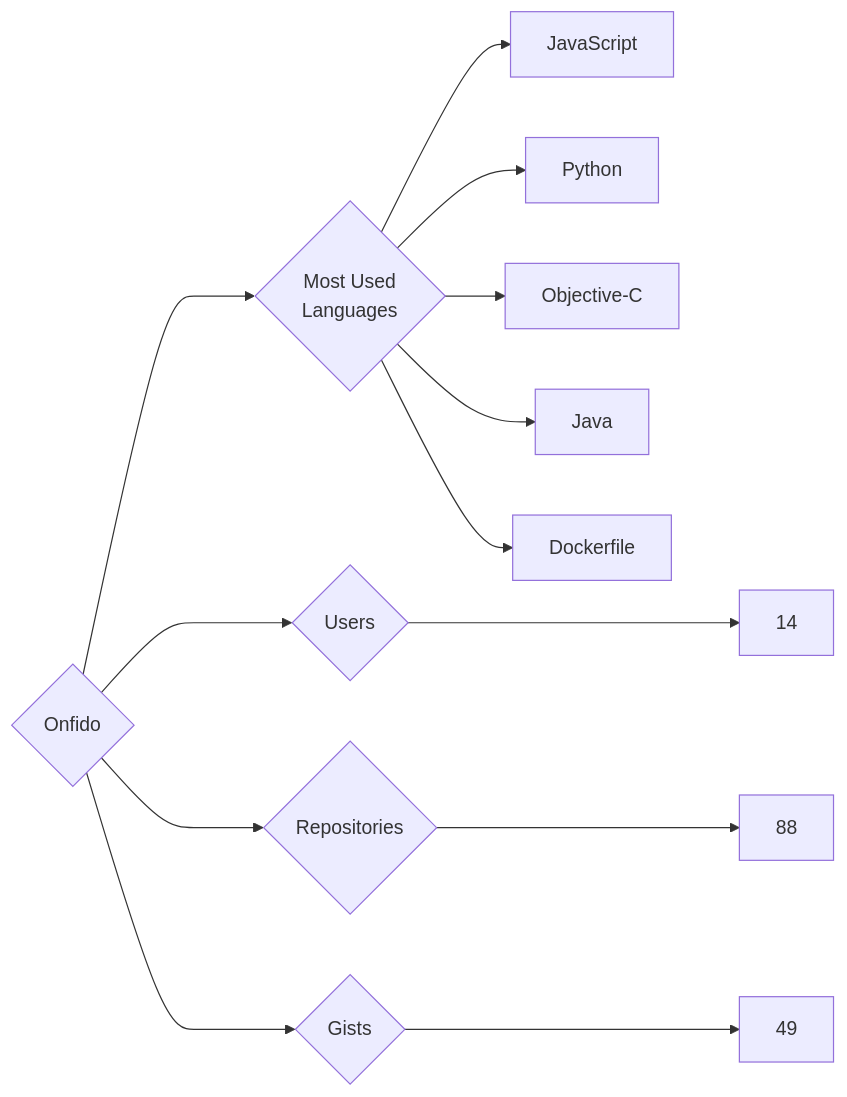
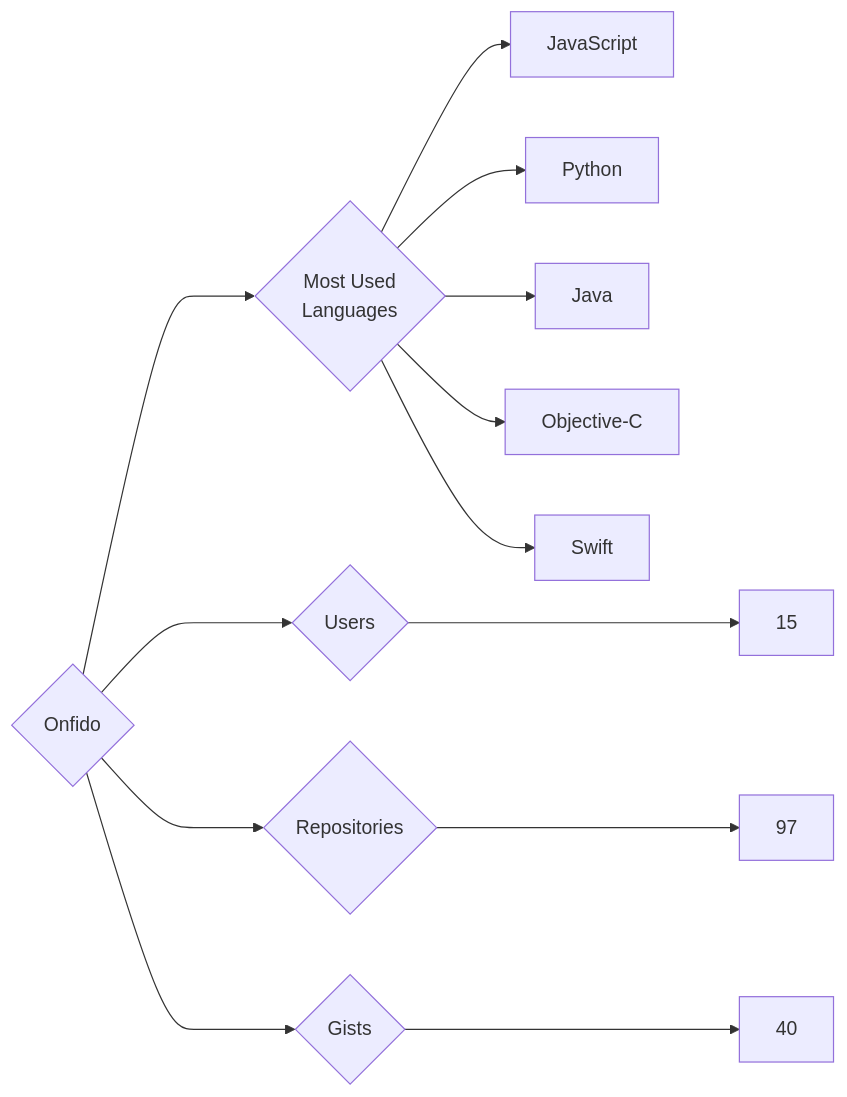
One commit to trickest/insiders changed the diagram in targets/Onfido/README.md. Above: the diagram before and after it, drawn with Mermaid. The commit also changed 1508 other files, not shown here.

````diff
--- a/targets/Onfido/README.md
+++ b/targets/Onfido/README.md
@@ -3,13 +3,13 @@
 ```mermaid
 graph LR
 COMPANY_NAME{Onfido}
-COMPANY_NAME ---> U{Users} ---> UN[14]
-COMPANY_NAME ---> R{Repositories} ---> RN[88]
-COMPANY_NAME ---> G{Gists} ---> GN[49]
+COMPANY_NAME ---> U{Users} ---> UN[15]
+COMPANY_NAME ---> R{Repositories} ---> RN[97]
+COMPANY_NAME ---> G{Gists} ---> GN[40]
 COMPANY_NAME ---> ML{Most Used<br>Languages}
 ML --> JavaScript[JavaScript]
 ML --> Python[Python]
+ML --> Java[Java]
 ML --> Objective-C[Objective-C]
-ML --> Java[Java]
-ML --> Dockerfile[Dockerfile]
+ML --> Swift[Swift]
 ```
````
